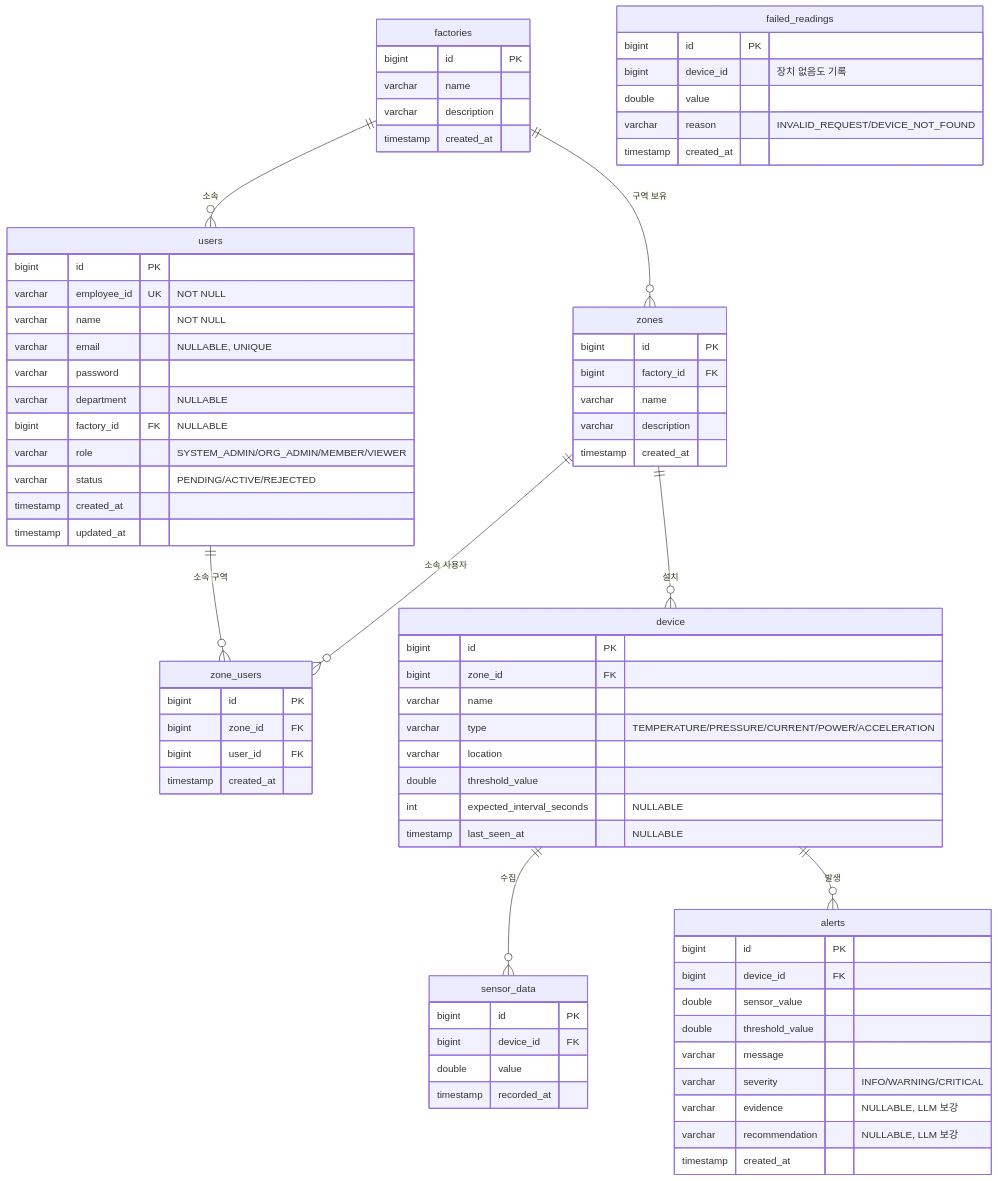
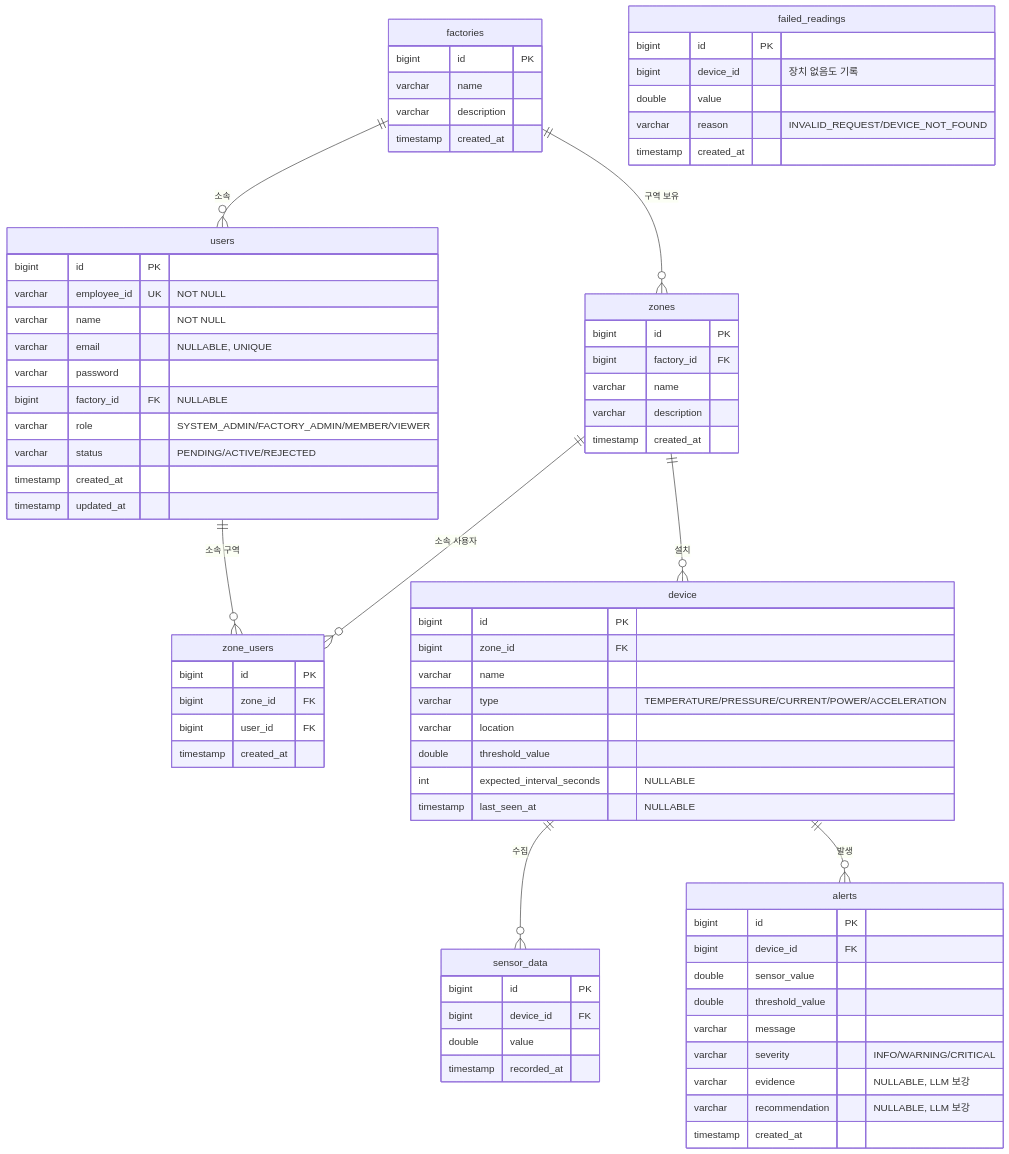
The third of 3 diagrams in README.md (YEONJI-P/iot-sensor-platform), drawn with Mermaid before and after one commit. The commit also changed other lines of this file and 1 other file, not shown here.

Commit message:
docs: FACTORY_ADMIN 리네임·department 제거 반영

```diff
--- a/README.md
+++ b/README.md
@@ -152,9 +152,8 @@
         varchar name "NOT NULL"
         varchar email "NULLABLE, UNIQUE"
         varchar password
-        varchar department "NULLABLE"
         bigint factory_id FK "NULLABLE"
-        varchar role "SYSTEM_ADMIN/ORG_ADMIN/MEMBER/VIEWER"
+        varchar role "SYSTEM_ADMIN/FACTORY_ADMIN/MEMBER/VIEWER"
         varchar status "PENDING/ACTIVE/REJECTED"
         timestamp created_at
         timestamp updated_at
```
